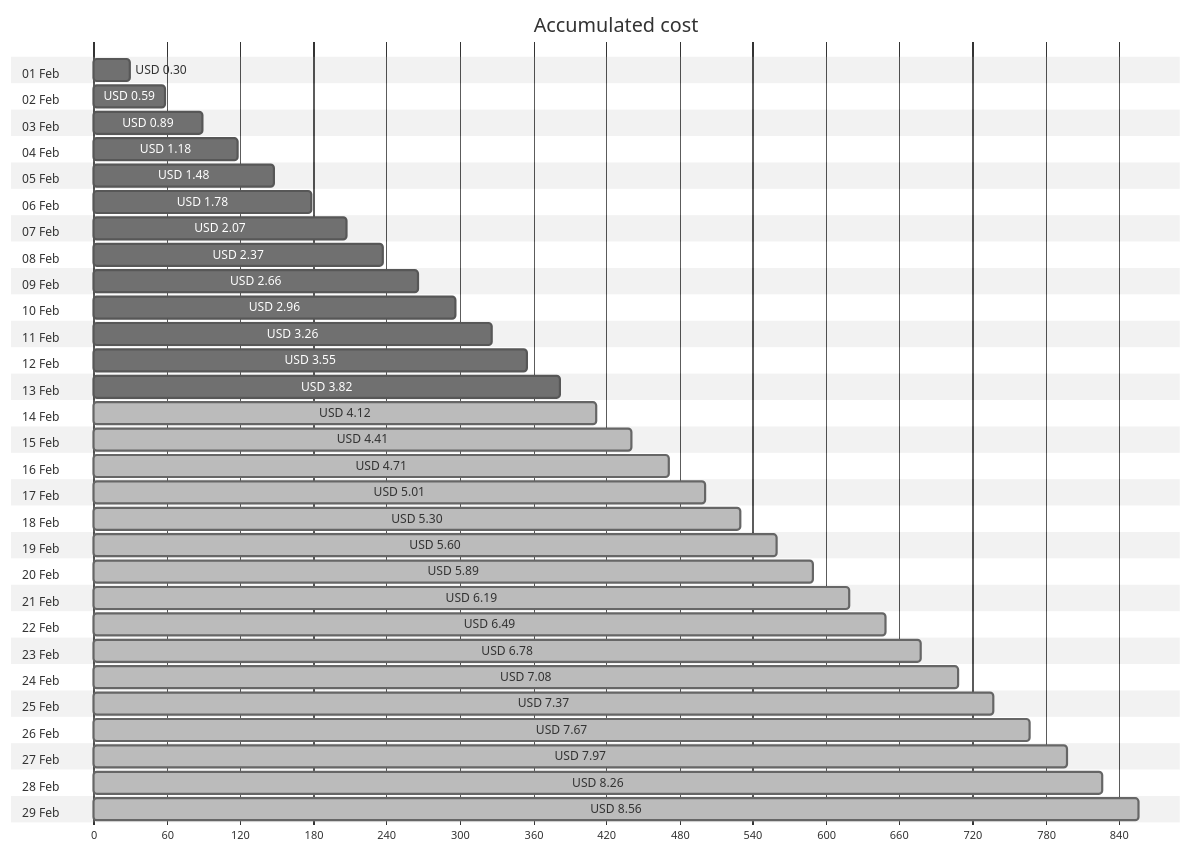
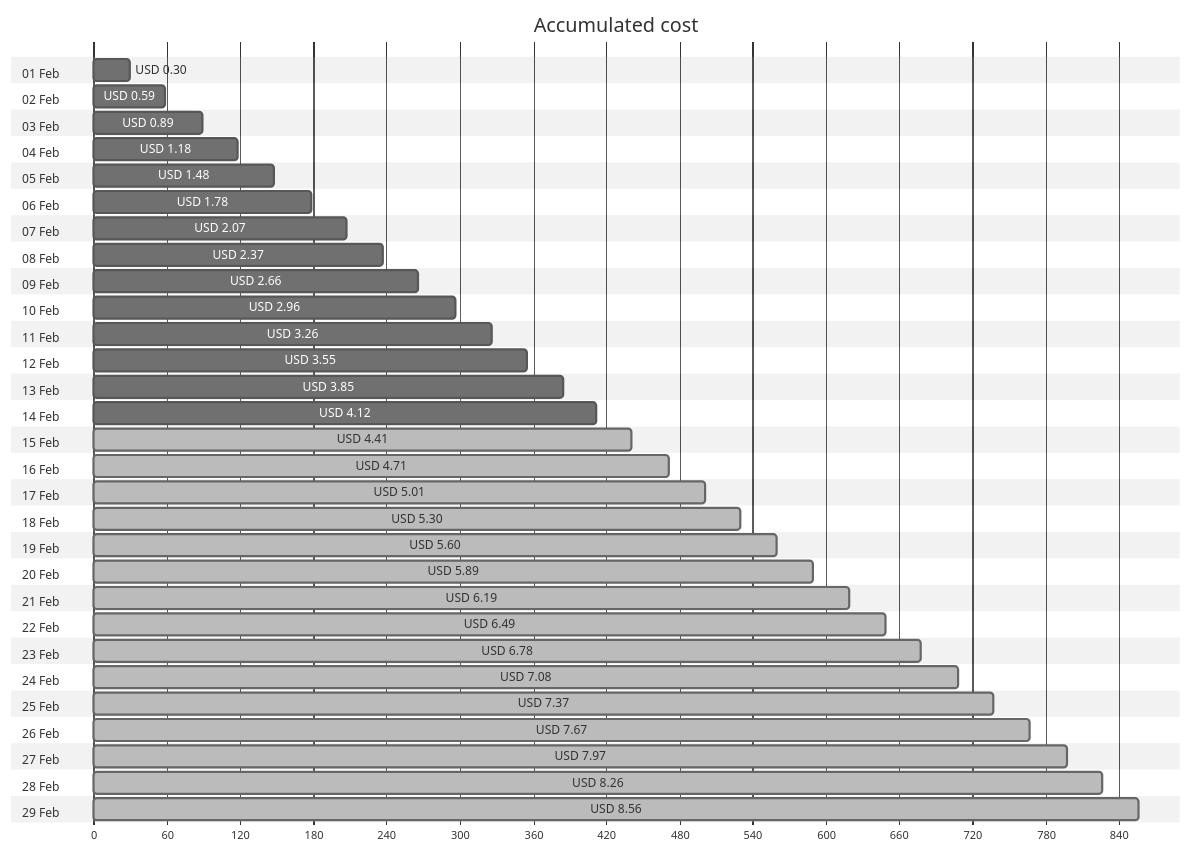
One commit to jpfulton/azure-personal-reports changed the first of 4 diagrams in cost-reports/personal-site/personal-site.md. Above: the diagram before and after it, drawn with Mermaid (neutral theme). The commit also changed other lines of this file and 6 other files, not shown here.

````diff
--- a/cost-reports/personal-site/personal-site.md
+++ b/cost-reports/personal-site/personal-site.md
@@ -20,64 +20,64 @@
 ```mermaid
 gantt
    title Accumulated cost
    dateFormat  X
    axisFormat %s
    section 01 Feb
    USD 0.30 :0, 30
    section 02 Feb
    USD 0.59 :0, 59
    section 03 Feb
    USD 0.89 :0, 89
    section 04 Feb
    USD 1.18 :0, 118
    section 05 Feb
    USD 1.48 :0, 148
    section 06 Feb
    USD 1.78 :0, 178
    section 07 Feb
    USD 2.07 :0, 207
    section 08 Feb
    USD 2.37 :0, 237
    section 09 Feb
    USD 2.66 :0, 266
    section 10 Feb
    USD 2.96 :0, 296
    section 11 Feb
    USD 3.26 :0, 326
    section 12 Feb
    USD 3.55 :0, 355
    section 13 Feb
-   USD 3.82 :0, 382
+   USD 3.85 :0, 385
    section 14 Feb
-   USD 4.12 : done, 0, 412
+   USD 4.12 :0, 412
    section 15 Feb
    USD 4.41 : done, 0, 441
    section 16 Feb
    USD 4.71 : done, 0, 471
    section 17 Feb
    USD 5.01 : done, 0, 501
    section 18 Feb
    USD 5.30 : done, 0, 530
    section 19 Feb
    USD 5.60 : done, 0, 560
    section 20 Feb
    USD 5.89 : done, 0, 589
    section 21 Feb
    USD 6.19 : done, 0, 619
    section 22 Feb
    USD 6.49 : done, 0, 649
    section 23 Feb
    USD 6.78 : done, 0, 678
    section 24 Feb
    USD 7.08 : done, 0, 708
    section 25 Feb
    USD 7.37 : done, 0, 737
    section 26 Feb
    USD 7.67 : done, 0, 767
    section 27 Feb
    USD 7.97 : done, 0, 797
    section 28 Feb
    USD 8.26 : done, 0, 826
    section 29 Feb
    USD 8.56 : done, 0, 856
 ```
````
